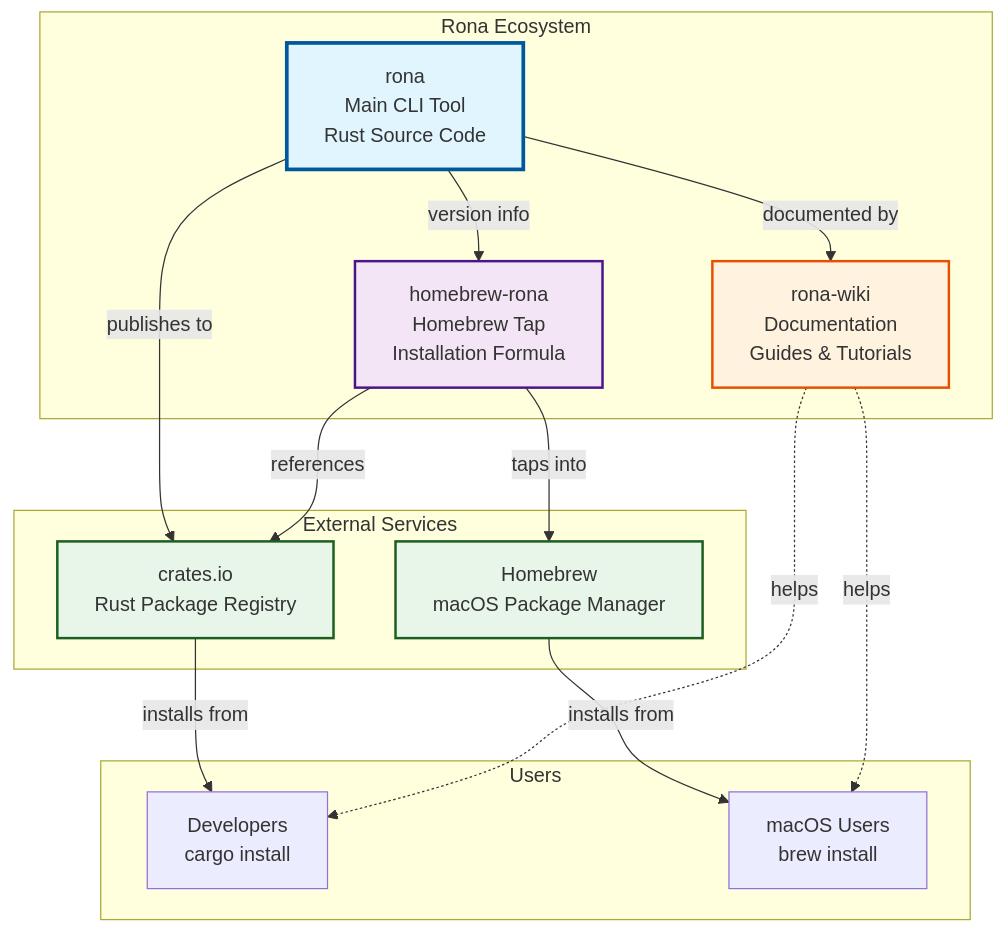
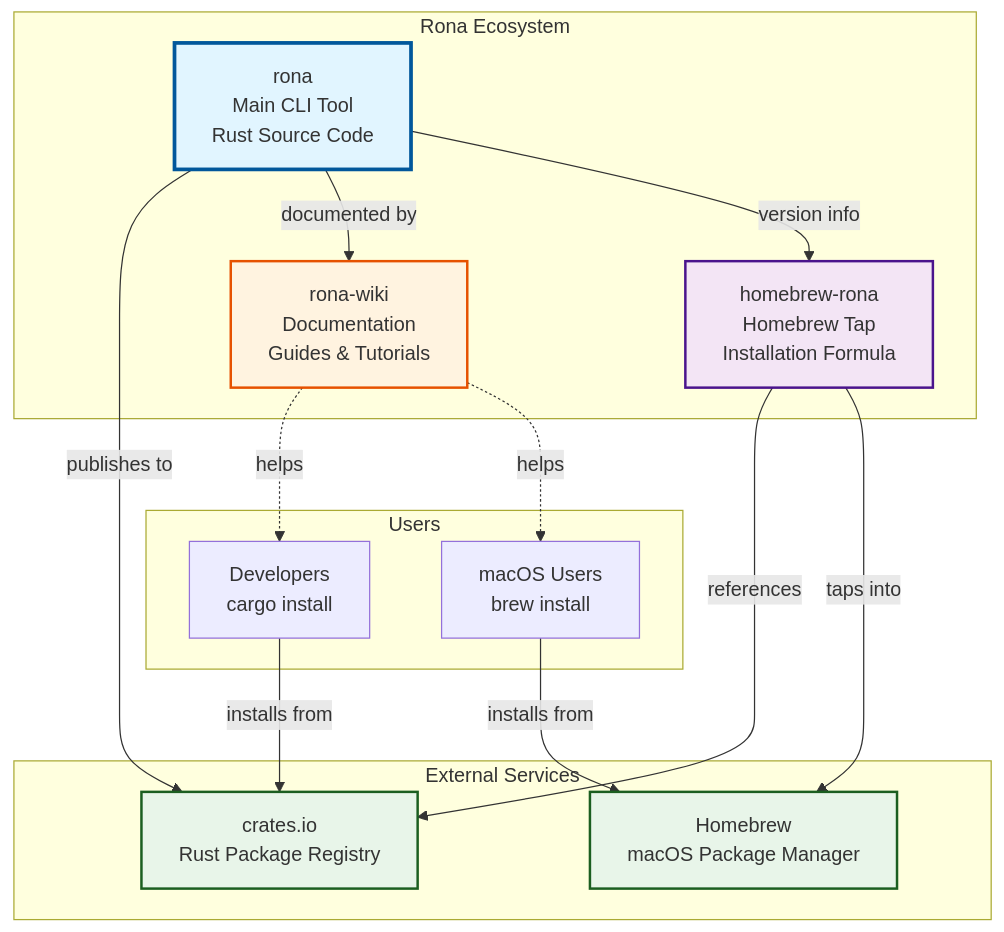
Before and after one commit to rona-rs/.github: the first of 3 diagrams in profile/README.md, drawn with Mermaid. The commit also changed other lines of this file, not shown here.

Commit message:
[7] (docs on main) Cleaner README

````diff
--- a/profile/README.md
+++ b/profile/README.md
@@ -87,36 +87,36 @@
 ```mermaid
 graph TB
     subgraph "Rona Ecosystem"
         RONA[rona<br/>Main CLI Tool<br/>Rust Source Code]
         WIKI[rona-wiki<br/>Documentation<br/>Guides & Tutorials]
         BREW[homebrew-rona<br/>Homebrew Tap<br/>Installation Formula]
     end
     
     subgraph "External Services"
         CRATES[crates.io<br/>Rust Package Registry]
         HOMEBREW[Homebrew<br/>macOS Package Manager]
     end
     
     subgraph "Users"
         DEV[Developers<br/>cargo install]
         MAC[macOS Users<br/>brew install]
     end
     
     RONA -->|"publishes to"| CRATES
     RONA -->|"documented by"| WIKI
     RONA -->|"version info"| BREW
     BREW -->|"references"| CRATES
     BREW -->|"taps into"| HOMEBREW
     
-    CRATES -->|"installs from"| DEV
-    HOMEBREW -->|"installs from"| MAC
+    DEV -->|"installs from"| CRATES
+    MAC -->|"installs from"| HOMEBREW
     
     WIKI -.->|"helps"| DEV
     WIKI -.->|"helps"| MAC
     
     style RONA fill:#e1f5ff,stroke:#01579b,stroke-width:3px
     style WIKI fill:#fff3e0,stroke:#e65100,stroke-width:2px
     style BREW fill:#f3e5f5,stroke:#4a148c,stroke-width:2px
     style CRATES fill:#e8f5e9,stroke:#1b5e20,stroke-width:2px
     style HOMEBREW fill:#e8f5e9,stroke:#1b5e20,stroke-width:2px
 ```
````
